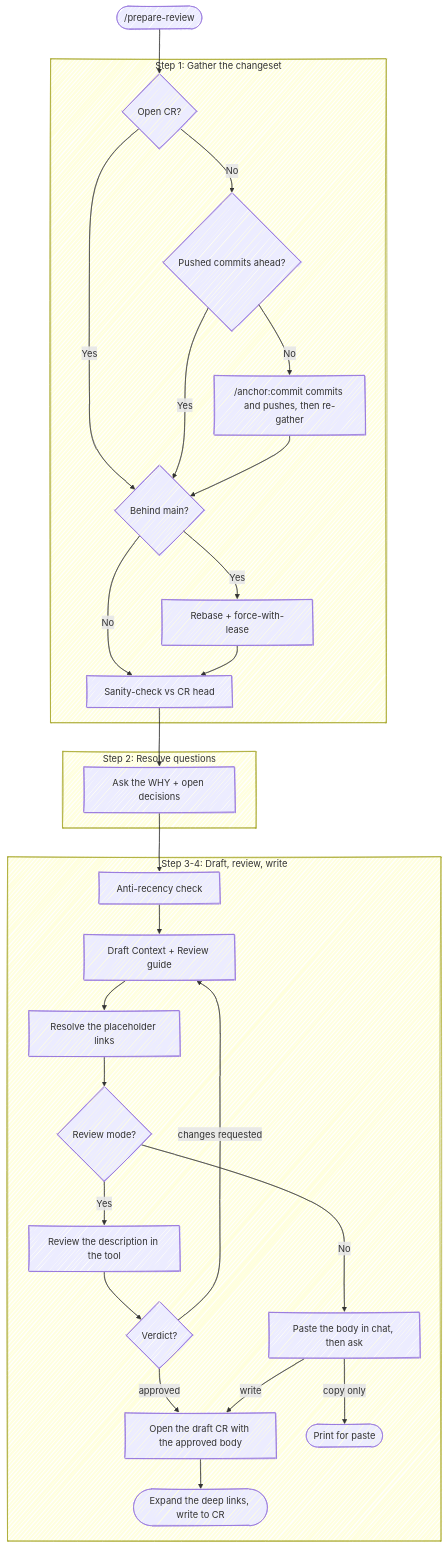
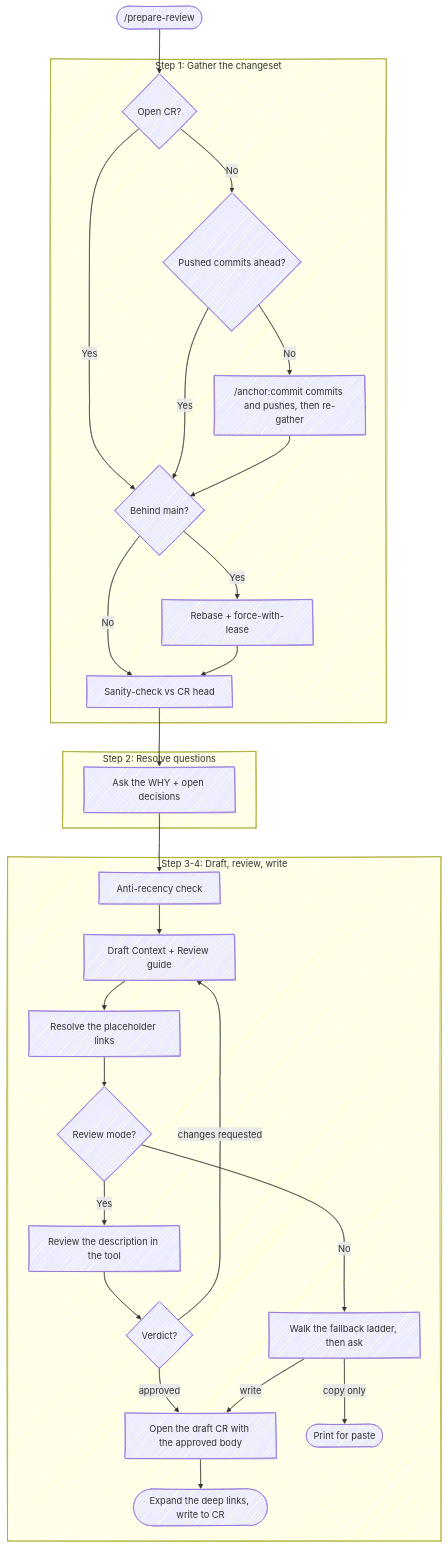
The diagram in skills/prepare-review/SKILL.md (chris-peterson/anchor), drawn with Mermaid before and after one commit. The commit also changed other lines of this file and 35 other files, not shown here.

````diff
--- a/skills/prepare-review/SKILL.md
+++ b/skills/prepare-review/SKILL.md
@@ -17,35 +17,35 @@
 ```mermaid
 %%{ init: { 'look': 'handDrawn' } }%%
 flowchart TD
     Start(["/prepare-review"]) --> CR{Open CR?}
 
     subgraph "Step 1: Gather the changeset"
         CR -->|No| Pushed{Pushed commits ahead?}
         CR -->|Yes| Behind
         Pushed -->|No| Commit["/anchor:commit commits and pushes, then re-gather"]
         Pushed -->|Yes| Behind
         Commit --> Behind{Behind main?}
         Behind -->|Yes| DoRebase["Rebase + force-with-lease"]
         Behind -->|No| StateCheck
         DoRebase --> StateCheck["Sanity-check vs CR head"]
     end
 
     subgraph "Step 2: Resolve questions"
         StateCheck --> Why["Ask the WHY + open decisions"]
     end
 
     subgraph "Step 3-4: Draft, review, write"
         Why --> Recency["Anti-recency check"]
         Recency --> Draft["Draft Context + Review guide"]
         Draft --> Resolve["Resolve the placeholder links"]
         Resolve --> Tool{Review mode?}
         Tool -->|Yes| InTool["Review the description in the tool"]
-        Tool -->|No| Chat["Paste the body in chat, then ask"]
+        Tool -->|No| Chat["Walk the fallback ladder, then ask"]
         InTool --> Verdict{Verdict?}
         Verdict -->|approved| Open["Open the draft CR with the approved body"]
         Verdict -->|changes requested| Draft
         Chat -->|write| Open
         Chat -->|copy only| CopyOnly(["Print for paste"])
         Open --> Forge(["Expand the deep links, write to CR"])
     end
 ```
````
